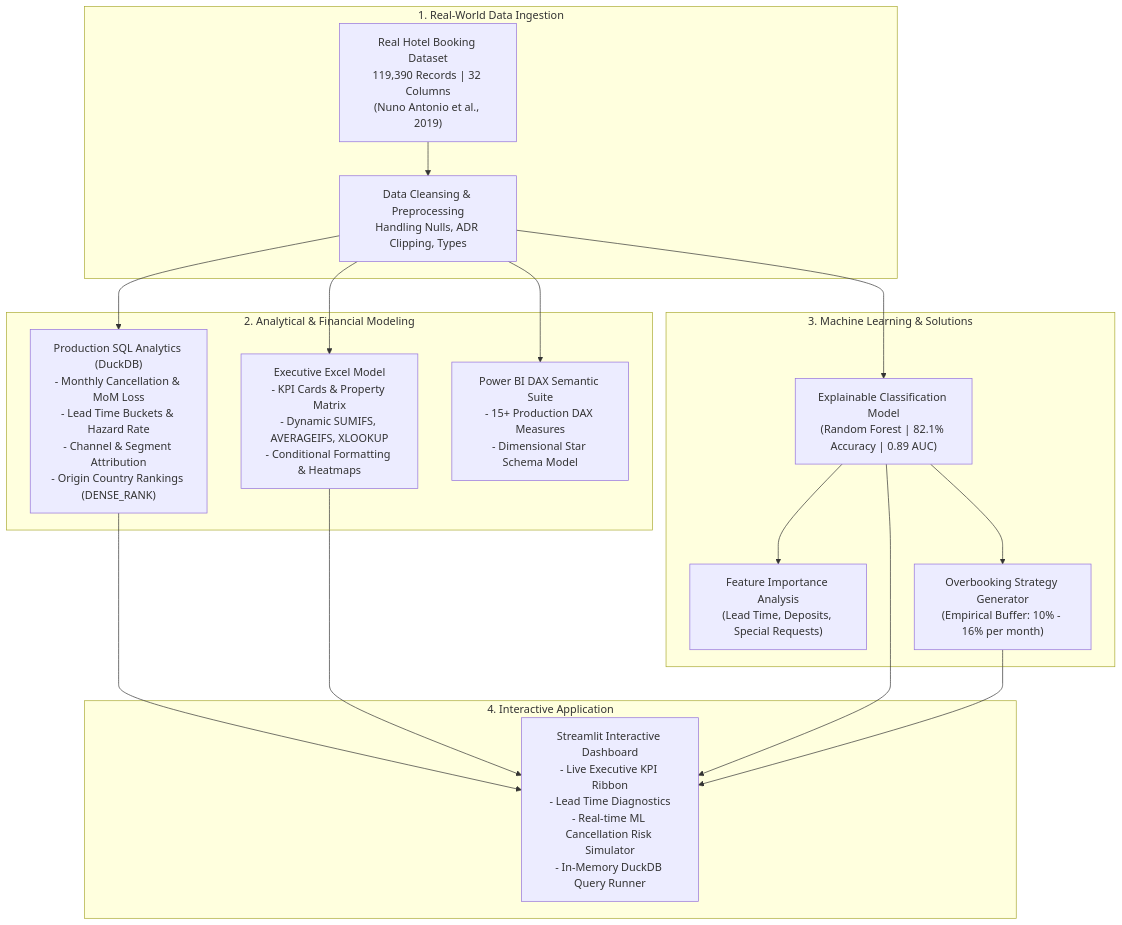
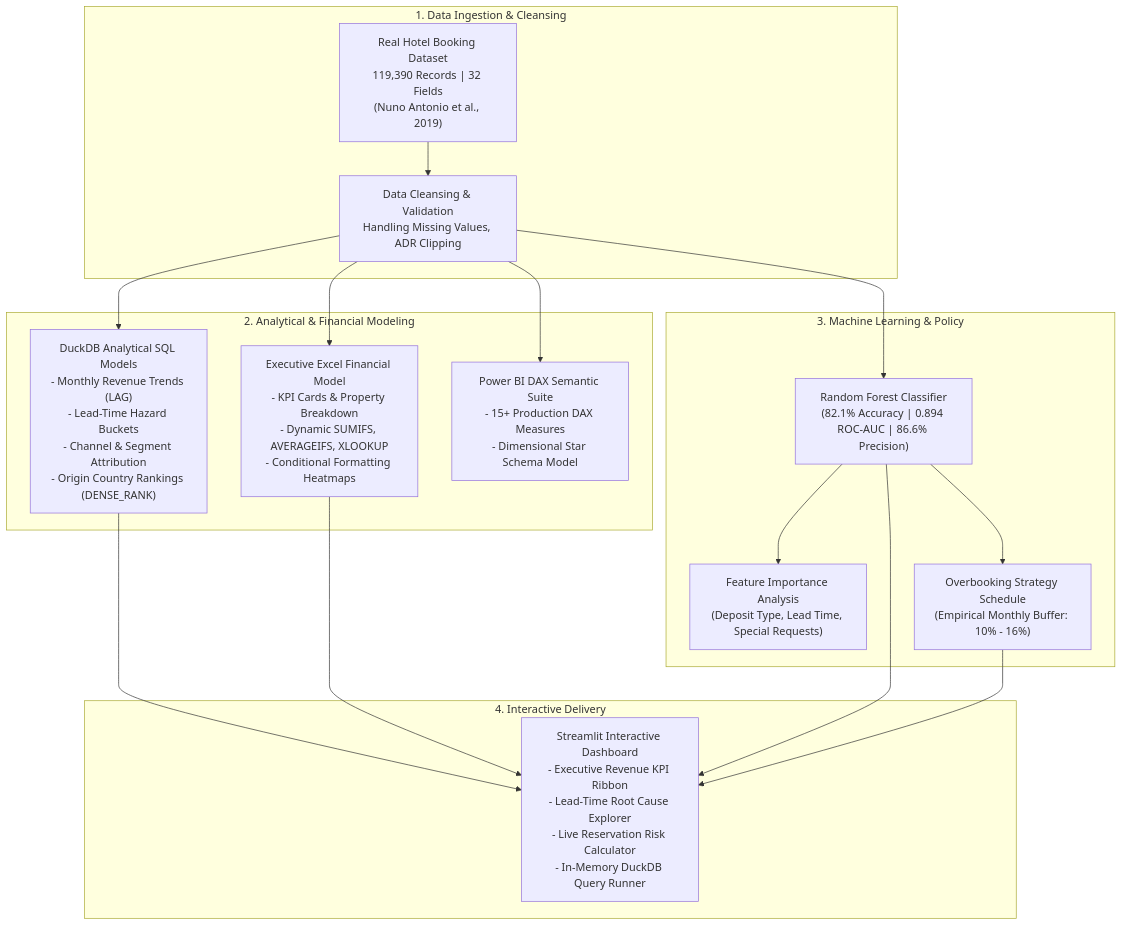
Before and after one commit to Namannn28/hotel-booking-cancellation-analytics: the diagram in README.md, drawn with Mermaid. The commit also changed other lines of this file and 13 other files, not shown here.

Commit message:
Refactor to clean human-written codebase, semantic variable naming, and executive business README

````diff
--- a/README.md
+++ b/README.md
@@ -38,23 +49,23 @@
 ```mermaid
 flowchart TD
-    subgraph Sourcing ["1. Real-World Data Ingestion"]
-        DATA["Real Hotel Booking Dataset<br/>119,390 Records | 32 Columns<br/>(Nuno Antonio et al., 2019)"]
-        DATA --> CLEAN["Data Cleansing & Preprocessing<br/>Handling Nulls, ADR Clipping, Types"]
+    subgraph Data_Layer ["1. Data Ingestion & Cleansing"]
+        RAW["Real Hotel Booking Dataset<br/>119,390 Records | 32 Fields<br/>(Nuno Antonio et al., 2019)"]
+        RAW --> PREP["Data Cleansing & Validation<br/>Handling Missing Values, ADR Clipping"]
     end
 
-    subgraph Analytics ["2. Analytical & Financial Modeling"]
-        CLEAN --> SQL["Production SQL Analytics (DuckDB)<br/>- Monthly Cancellation & MoM Loss<br/>- Lead Time Buckets & Hazard Rate<br/>- Channel & Segment Attribution<br/>- Origin Country Rankings (DENSE_RANK)"]
-        CLEAN --> EXCEL["Executive Excel Model<br/>- KPI Cards & Property Matrix<br/>- Dynamic SUMIFS, AVERAGEIFS, XLOOKUP<br/>- Conditional Formatting & Heatmaps"]
-        CLEAN --> PBI["Power BI DAX Semantic Suite<br/>- 15+ Production DAX Measures<br/>- Dimensional Star Schema Model"]
+    subgraph Modeling_Layer ["2. Analytical & Financial Modeling"]
+        PREP --> SQL["DuckDB Analytical SQL Models<br/>- Monthly Revenue Trends (LAG)<br/>- Lead-Time Hazard Buckets<br/>- Channel & Segment Attribution<br/>- Origin Country Rankings (DENSE_RANK)"]
+        PREP --> EXCEL["Executive Excel Financial Model<br/>- KPI Cards & Property Breakdown<br/>- Dynamic SUMIFS, AVERAGEIFS, XLOOKUP<br/>- Conditional Formatting Heatmaps"]
+        PREP --> PBI["Power BI DAX Semantic Suite<br/>- 15+ Production DAX Measures<br/>- Dimensional Star Schema Model"]
     end
 
-    subgraph Predictive ["3. Machine Learning & Solutions"]
-        CLEAN --> ML["Explainable Classification Model<br/>(Random Forest | 82.1% Accuracy | 0.89 AUC)"]
-        ML --> FEAT["Feature Importance Analysis<br/>(Lead Time, Deposits, Special Requests)"]
-        ML --> OB["Overbooking Strategy Generator<br/>(Empirical Buffer: 10% - 16% per month)"]
+    subgraph Predictive_Layer ["3. Machine Learning & Policy"]
+        PREP --> ML["Random Forest Classifier<br/>(82.1% Accuracy | 0.894 ROC-AUC | 86.6% Precision)"]
+        ML --> FEAT["Feature Importance Analysis<br/>(Deposit Type, Lead Time, Special Requests)"]
+        ML --> OVERBOOK["Overbooking Strategy Schedule<br/>(Empirical Monthly Buffer: 10% - 16%)"]
     end
 
-    subgraph Delivery ["4. Interactive Application"]
-        SQL & EXCEL & ML & OB --> APP["Streamlit Interactive Dashboard<br/>- Live Executive KPI Ribbon<br/>- Lead Time Diagnostics<br/>- Real-time ML Cancellation Risk Simulator<br/>- In-Memory DuckDB Query Runner"]
+    subgraph Application_Layer ["4. Interactive Delivery"]
+        SQL & EXCEL & ML & OVERBOOK --> APP["Streamlit Interactive Dashboard<br/>- Executive Revenue KPI Ribbon<br/>- Lead-Time Root Cause Explorer<br/>- Live Reservation Risk Calculator<br/>- In-Memory DuckDB Query Runner"]
     end
 ```
````
